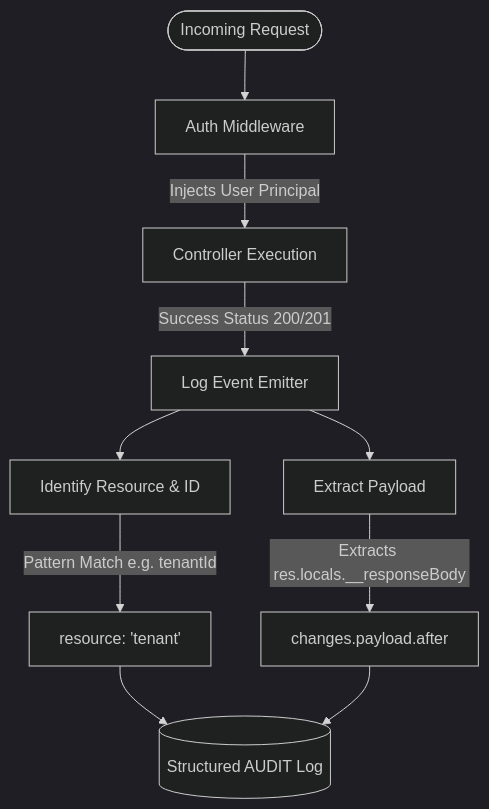
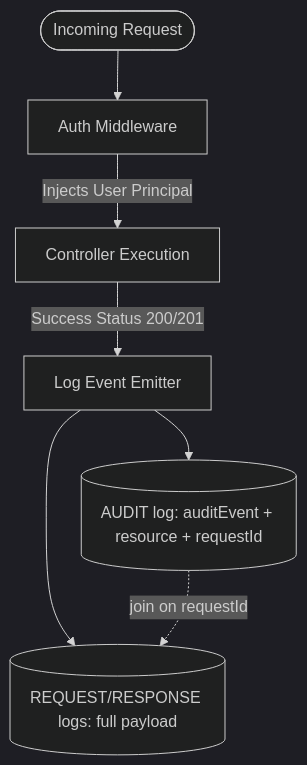
Before and after one commit to euFerro/superman: the diagram in docs/security/events.md, drawn with Mermaid (dark theme). The commit also changed other lines of this file and 28 other files, not shown here.

````diff
--- a/docs/security/events.md
+++ b/docs/security/events.md
@@ -41,15 +45,11 @@
 ```mermaid
 flowchart TD
     Req([Incoming Request]) --> Auth[Auth Middleware]
     Auth -->|Injects User Principal| Ctrl[Controller Execution]
     Ctrl -->|Success Status 200/201| Emit[Log Event Emitter]
-    
-    Emit --> Scan[Identify Resource & ID]
-    Scan -->|Pattern Match e.g. tenantId| Res["resource: 'tenant'"]
-    
-    Emit --> Diff[Extract Payload]
-    Diff -->|Extracts res.locals.__responseBody| Changes[changes.payload.after]
-    
-    Res --> Audit[(Structured AUDIT Log)]
-    Changes --> Audit
+
+    Emit --> Audit[(AUDIT log: auditEvent + resource + requestId)]
+    Emit --> ReqLog[(REQUEST/RESPONSE logs: full payload)]
+
+    Audit -. join on requestId .-> ReqLog
 ```
````
